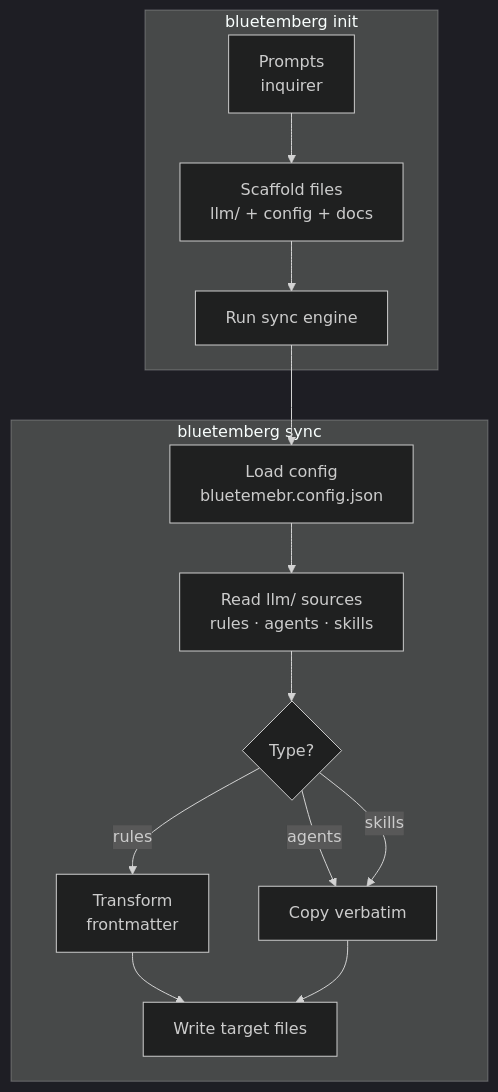
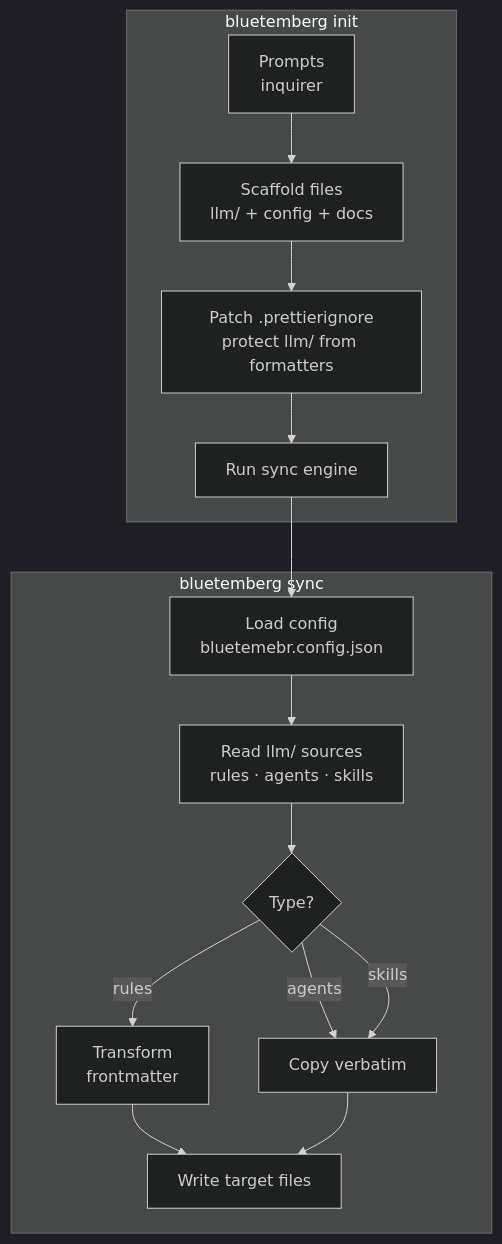
One commit to prototypdigital/bluetemberg changed the first of 3 diagrams in docs/wiki/Architecture.md. Above: the diagram before and after it, drawn with Mermaid (dark theme). The commit also changed other lines of this file and 8 other files, not shown here.

````diff
--- a/docs/wiki/Architecture.md
+++ b/docs/wiki/Architecture.md
@@ -7,19 +7,20 @@
 ```mermaid
 flowchart TD
     subgraph init ["bluetemberg init"]
         A[Prompts\ninquirer] --> B[Scaffold files\nllm/ + config + docs]
-        B --> C[Run sync engine]
+        B --> B2[Patch .prettierignore\nprotect llm/ from formatters]
+        B2 --> C[Run sync engine]
     end
 
     subgraph sync ["bluetemberg sync"]
         D[Load config\nbluetemebr.config.json] --> E[Read llm/ sources\nrules · agents · skills]
         E --> F{Type?}
         F -->|rules| G[Transform\nfrontmatter]
         F -->|agents| H[Copy verbatim]
         F -->|skills| H
         G --> I[Write target files]
         H --> I
     end
 
     C --> D
 ```
````
